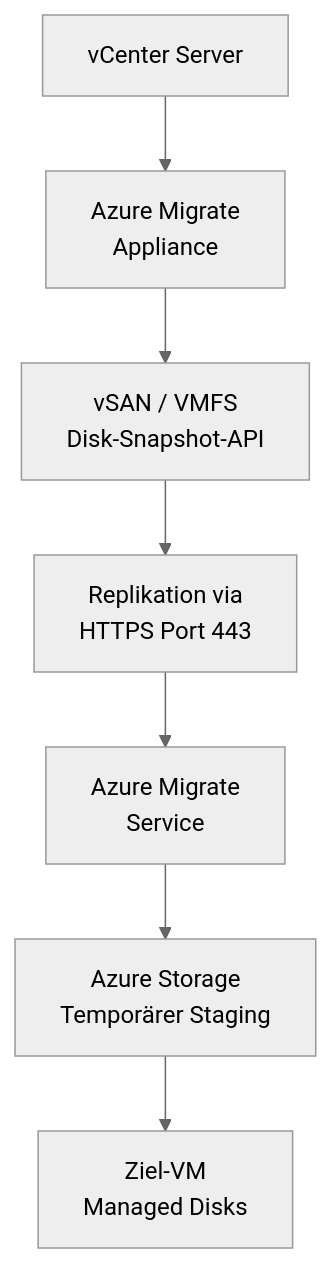
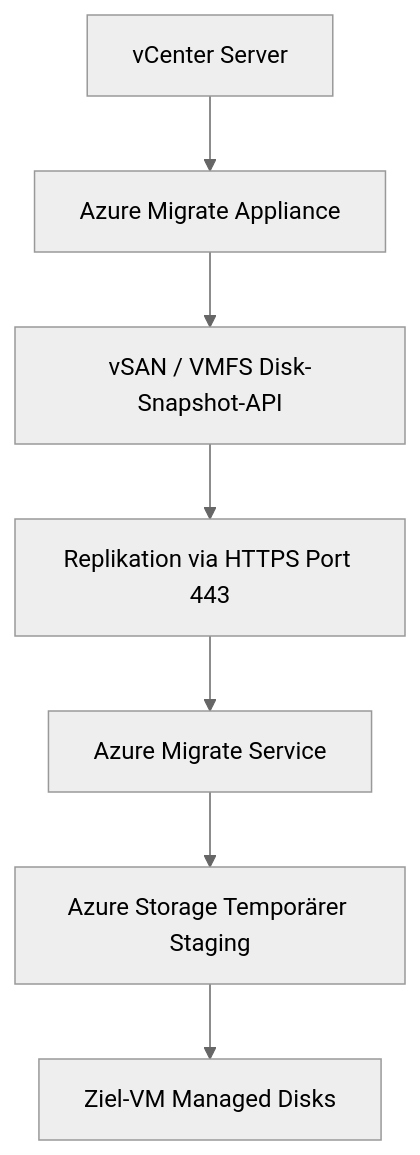
Before and after one commit to SoniiiT/notes-n-docs: the fourth of 8 diagrams in Microsoft 365/Azure/Monitor und Management/Azure Migrate.md, drawn with Mermaid (neutral theme). The commit also changed other lines of this file and 124 other files, not shown here.

First line of the commit message:
fix: Entferne \n aus allen Mermaid-Diagrammen (125 Dateien)

````diff
--- a/Microsoft 365/Azure/Monitor und Management/Azure Migrate.md
+++ b/Microsoft 365/Azure/Monitor und Management/Azure Migrate.md
@@ -180,9 +180,9 @@
 ```mermaid
 graph TD
-    A[vCenter Server] --> B[Azure Migrate\nAppliance]
-    B --> C[vSAN / VMFS\nDisk-Snapshot-API]
-    C --> D[Replikation via\nHTTPS Port 443]
-    D --> E[Azure Migrate\nService]
-    E --> F[Azure Storage\nTemporärer Staging]
-    F --> G[Ziel-VM\nManaged Disks]
+    A[vCenter Server] --> B[Azure Migrate Appliance]
+    B --> C[vSAN / VMFS Disk-Snapshot-API]
+    C --> D[Replikation via HTTPS Port 443]
+    D --> E[Azure Migrate Service]
+    E --> F[Azure Storage Temporärer Staging]
+    F --> G[Ziel-VM Managed Disks]
 ```
````
